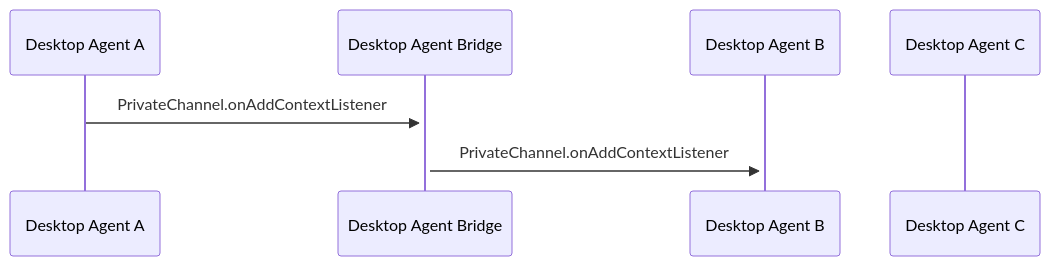
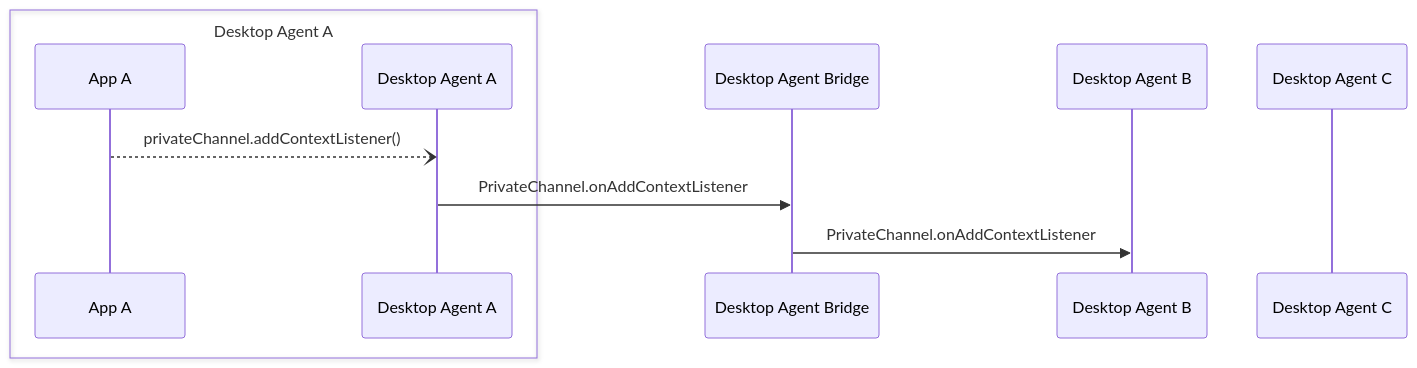
One commit to finos/FDC3 changed the diagram in docs/agent-bridging/ref/PrivateChannel.onAddContextListener.md. Above: the diagram before and after it, drawn with Mermaid. The commit also changed 12 other files, not shown here.

First line of the commit message:
Add the app to each reference page mermaid diagram to clarify how mes… (#80)

````diff
--- a/docs/agent-bridging/ref/PrivateChannel.onAddContextListener.md
+++ b/docs/agent-bridging/ref/PrivateChannel.onAddContextListener.md
@@ -23,9 +23,13 @@
 ```mermaid
 sequenceDiagram
+    box Desktop Agent A
+    participant AA as App A
     participant DA as Desktop Agent A
+    end
     participant DAB as Desktop Agent Bridge
     participant DB as Desktop Agent B
     participant DC as Desktop Agent C
-    DA ->>+ DAB: PrivateChannel.onAddContextListener
-    DAB ->>+ DB: PrivateChannel.onAddContextListener
+    AA --) DA: privateChannel.addContextListener()
+    DA ->> DAB: PrivateChannel.onAddContextListener
+    DAB ->> DB: PrivateChannel.onAddContextListener
 ```
````
